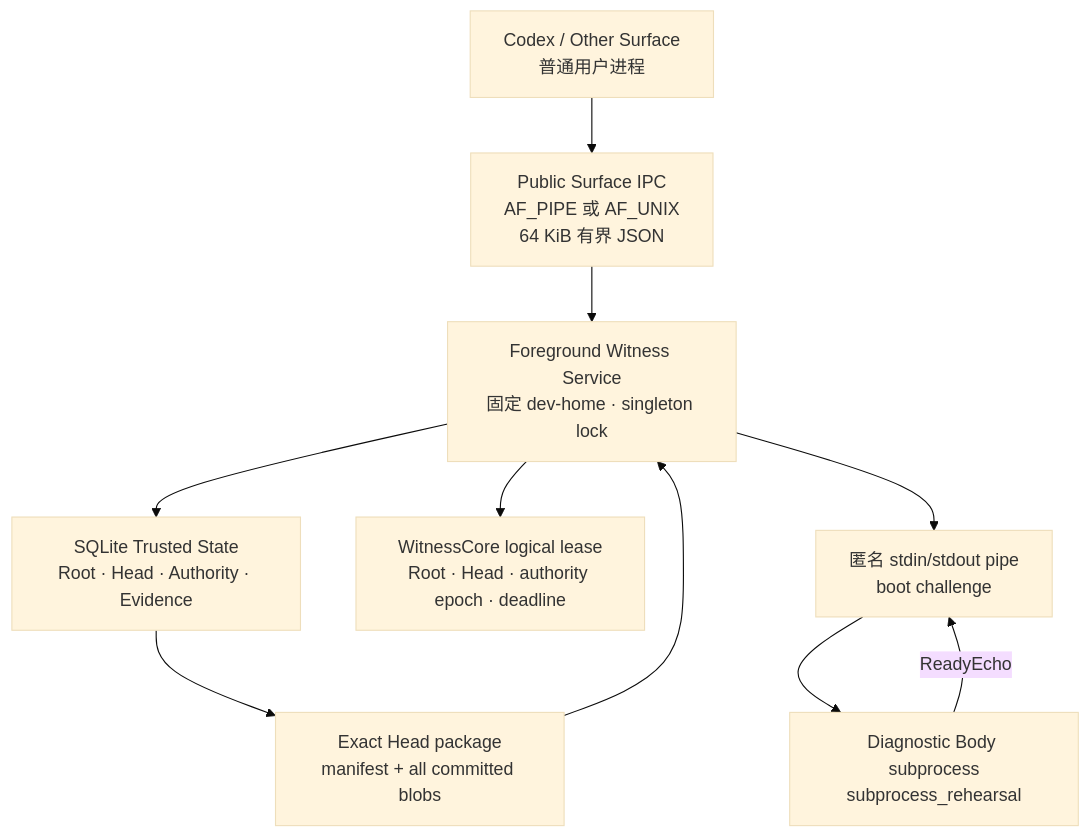
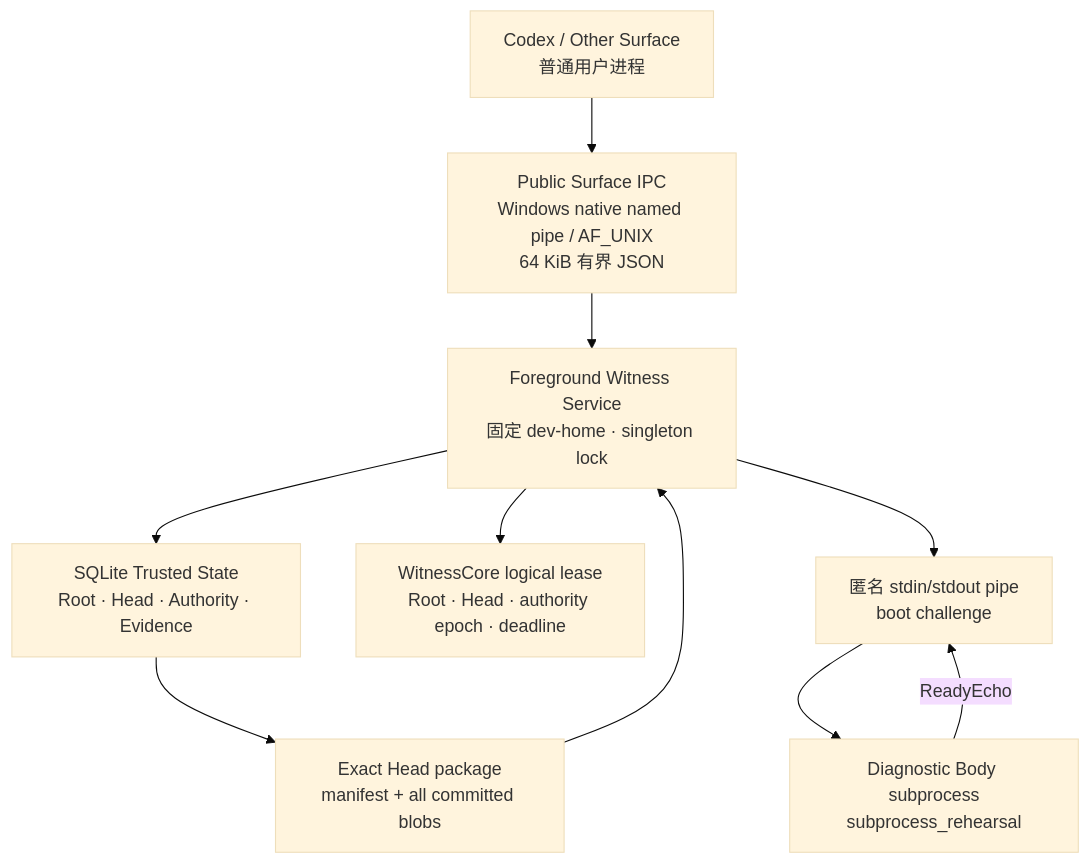
The first of 2 diagrams in docs/engineering/机器Witness服务与exact-Head子进程演练.md (eonpaper123/Agentic-Evo), drawn with Mermaid (base theme) before and after one commit. The commit also changed other lines of this file and 9 other files, not shown here.

Commit message:
docs: record the Windows public Surface boundary

````diff
--- a/docs/engineering/机器Witness服务与exact-Head子进程演练.md
+++ b/docs/engineering/机器Witness服务与exact-Head子进程演练.md
@@ -29,18 +29,18 @@
 ```mermaid
 flowchart TD
     S["Codex / Other Surface<br/>普通用户进程"]
-    PUB["Public Surface IPC<br/>AF_PIPE 或 AF_UNIX<br/>64 KiB 有界 JSON"]
+    PUB["Public Surface IPC<br/>Windows native named pipe / AF_UNIX<br/>64 KiB 有界 JSON"]
     W["Foreground Witness Service<br/>固定 dev-home · singleton lock"]
     T["SQLite Trusted State<br/>Root · Head · Authority · Evidence"]
     L["WitnessCore logical lease<br/>Root · Head · authority epoch · deadline"]
     H["匿名 stdin/stdout pipe<br/>boot challenge"]
     P["Diagnostic Body subprocess<br/>subprocess_rehearsal"]
     PKG["Exact Head package<br/>manifest + all committed blobs"]
 
     S --> PUB --> W
     W --> T
     W --> L
     T --> PKG --> W
     W --> H --> P
     P -->|"ReadyEcho"| H
 ```
````
